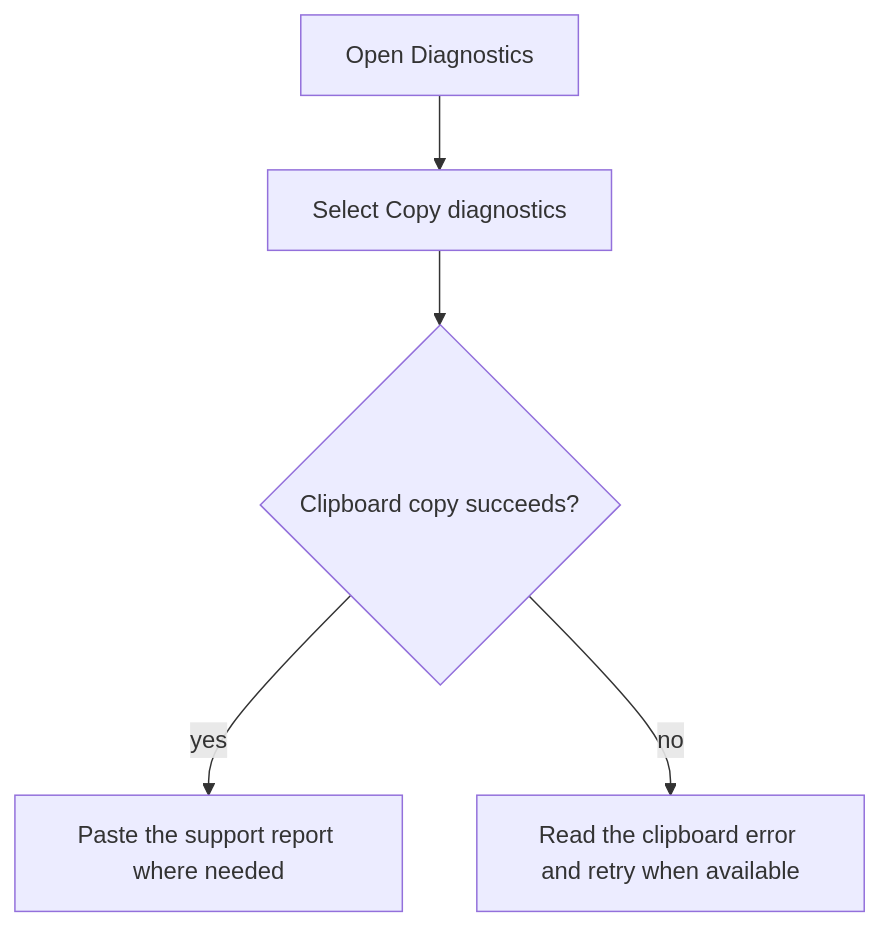
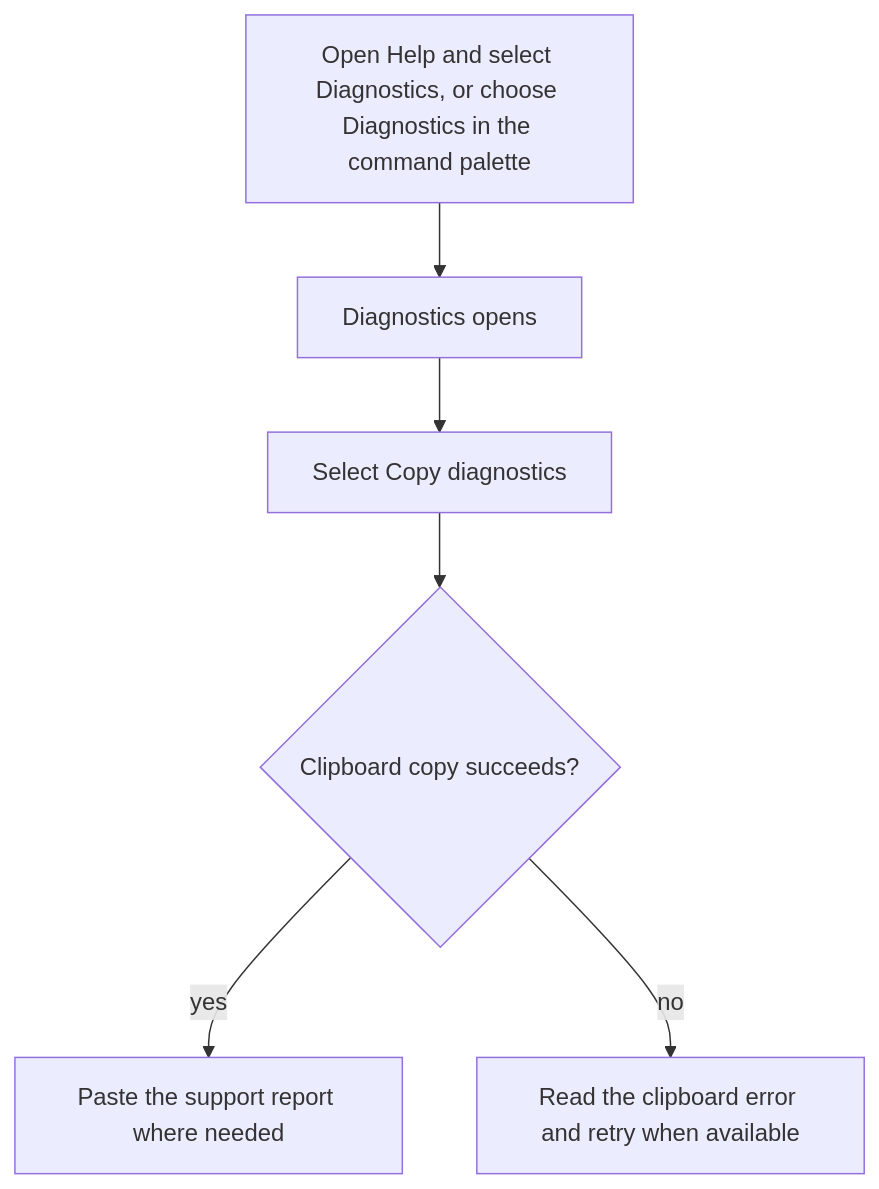
Before and after one commit to Kevinjohn/capacitylens: the first of 2 diagrams in user-stories/settings/US-SET-16-diagnostics.md, drawn with Mermaid. The commit also changed other lines of this file and 35 other files, not shown here.

````diff
--- a/user-stories/settings/US-SET-16-diagnostics.md
+++ b/user-stories/settings/US-SET-16-diagnostics.md
@@ -17,7 +18,8 @@
 ```mermaid
 flowchart TD
-A["Open Diagnostics"] --> B["Select Copy diagnostics"]
+A["Open Help and select Diagnostics, or choose Diagnostics in the command palette"] --> A2["Diagnostics opens"]
+A2 --> B["Select Copy diagnostics"]
 B --> C{"Clipboard copy succeeds?"}
 C -->|yes| D["Paste the support report where needed"]
 C -->|no| E["Read the clipboard error and retry when available"]
 ```
````
